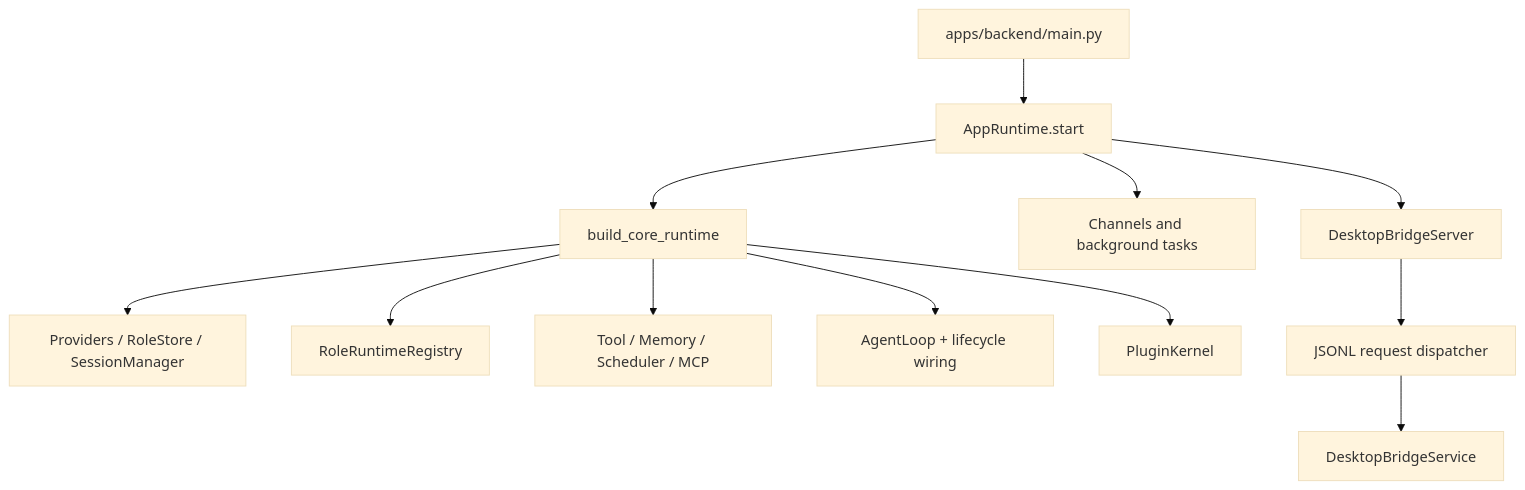
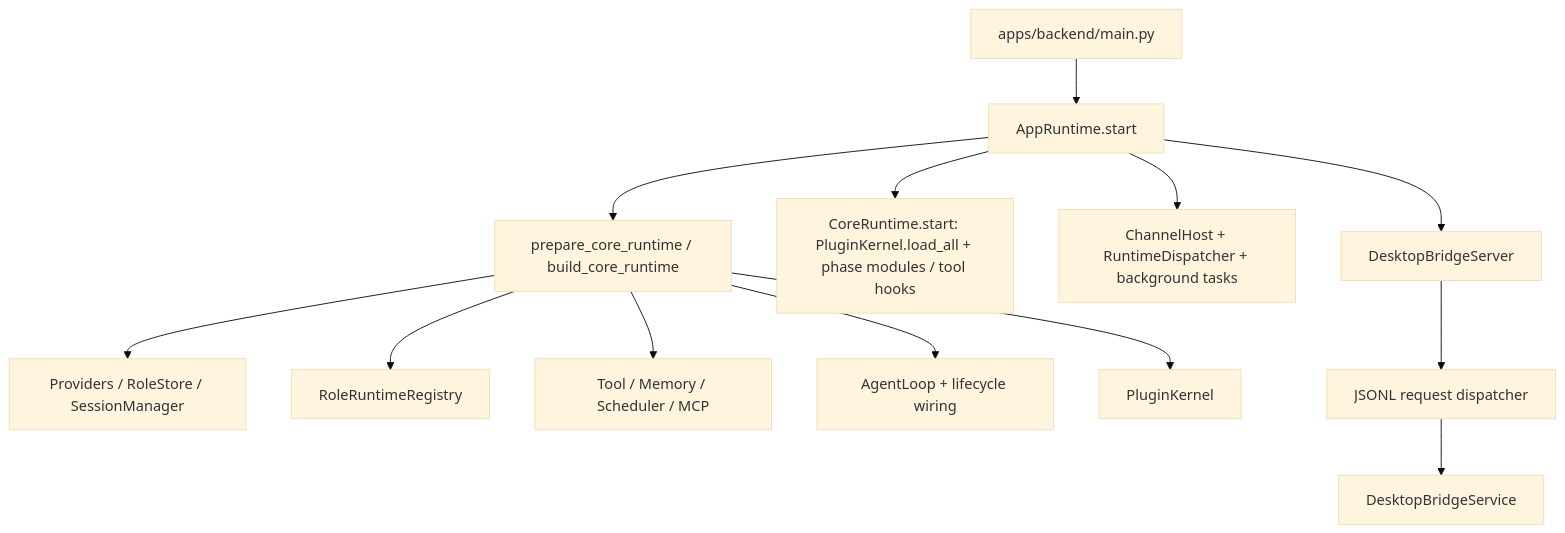
The first of 3 diagrams in docs/knowledge/architecture/current-backend.md (YinFengWindy/Shiori-Agent), drawn with Mermaid (base theme) before and after one commit. The commit also changed other lines of this file and 31 other files, not shown here.

````diff
--- a/docs/knowledge/architecture/current-backend.md
+++ b/docs/knowledge/architecture/current-backend.md
@@ -28,14 +37,15 @@
 ```mermaid
 flowchart TD
   A[apps/backend/main.py] --> B[AppRuntime.start]
-  B --> C[build_core_runtime]
+  B --> C[prepare_core_runtime / build_core_runtime]
   C --> D[Providers / RoleStore / SessionManager]
   C --> E[RoleRuntimeRegistry]
   C --> F[Tool / Memory / Scheduler / MCP]
   C --> G[AgentLoop + lifecycle wiring]
   C --> H[PluginKernel]
-  B --> I[Channels and background tasks]
+  B --> P[CoreRuntime.start: PluginKernel.load_all + phase modules / tool hooks]
+  B --> I[ChannelHost + RuntimeDispatcher + background tasks]
   B --> J[DesktopBridgeServer]
   J --> K[JSONL request dispatcher]
   K --> L[DesktopBridgeService]
 ```
````
